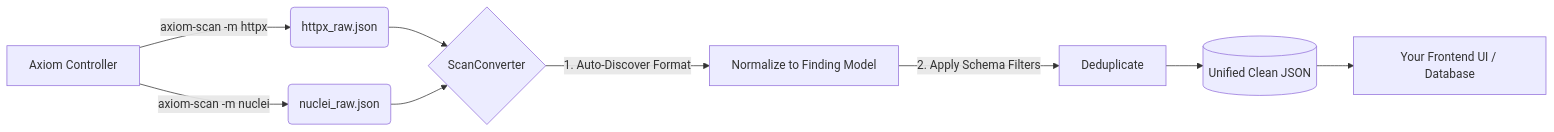
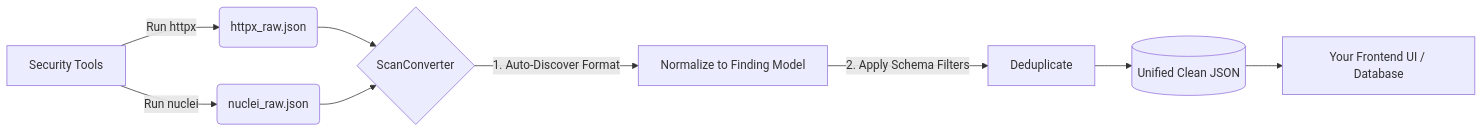
One commit to Ammar777782439/scanconverter changed the diagram in README.md. Above: the diagram before and after it, drawn with Mermaid. The commit also changed other lines of this file, not shown here.

Commit message:
docs: generalize README content by removing Axiom-specific references and examples

````diff
--- a/README.md
+++ b/README.md
@@ -26,14 +25,14 @@
 ```mermaid
 graph LR
-    A[Axiom Controller] -->|axiom-scan -m httpx| B(httpx_raw.json)
-    A -->|axiom-scan -m nuclei| C(nuclei_raw.json)
+    A[Security Tools] -->|Run httpx| B(httpx_raw.json)
+    A -->|Run nuclei| C(nuclei_raw.json)
     
     B --> D{ScanConverter}
     C --> D
     
     D -->|1. Auto-Discover Format| E[Normalize to Finding Model]
     E -->|2. Apply Schema Filters| F[Deduplicate]
     
     F --> G[(Unified Clean JSON)]
     G --> H[Your Frontend UI / Database]
 ```
````
